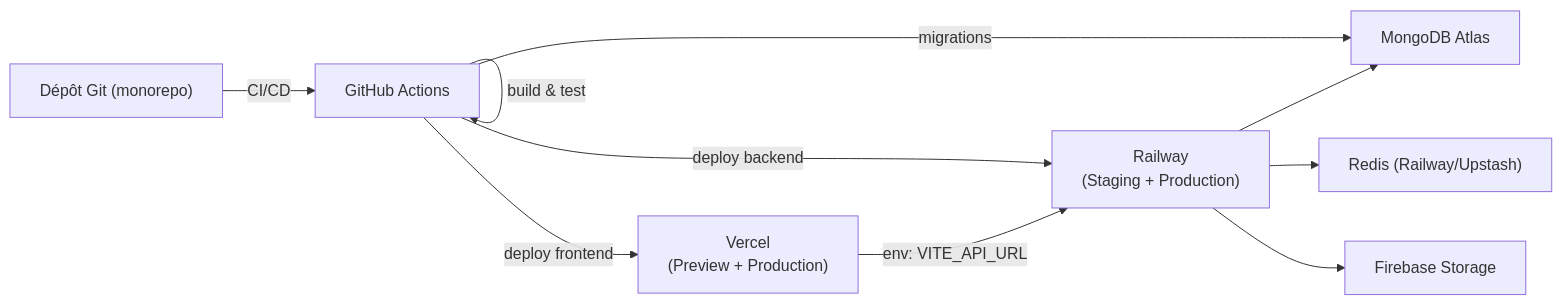
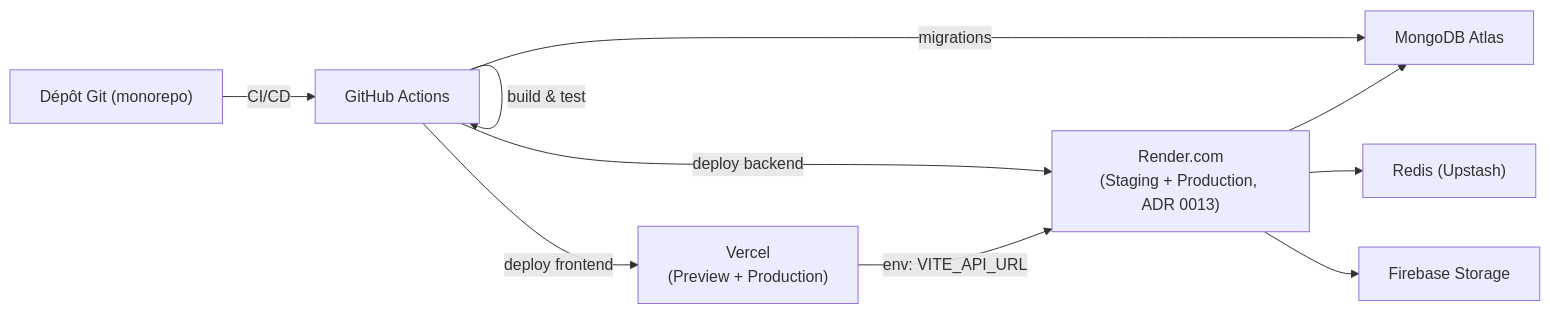
Before and after one commit to EricAZ99/quick_table_new_version: the sixth of 6 diagrams in docs/architecture/02-architecture-generale.md, drawn with Mermaid. The commit also changed other lines of this file and 7 other files, not shown here.

````diff
--- a/docs/architecture/02-architecture-generale.md
+++ b/docs/architecture/02-architecture-generale.md
@@ -207,12 +207,12 @@
 ```mermaid
 flowchart LR
     Dev["Dépôt Git (monorepo)"] -->|CI/CD| GH["GitHub Actions"]
     GH -->|build & test| GH
     GH -->|deploy frontend| Vercel["Vercel\n(Preview + Production)"]
-    GH -->|deploy backend| Railway["Railway\n(Staging + Production)"]
+    GH -->|deploy backend| Render["Render.com\n(Staging + Production, ADR 0013)"]
     GH -->|migrations| Atlas["MongoDB Atlas"]
-    Vercel -->|env: VITE_API_URL| Railway
-    Railway --> Atlas
-    Railway --> RedisCloud["Redis (Railway/Upstash)"]
-    Railway --> FirebaseStorage["Firebase Storage"]
+    Vercel -->|env: VITE_API_URL| Render
+    Render --> Atlas
+    Render --> RedisCloud["Redis (Upstash)"]
+    Render --> FirebaseStorage["Firebase Storage"]
 ```
````
